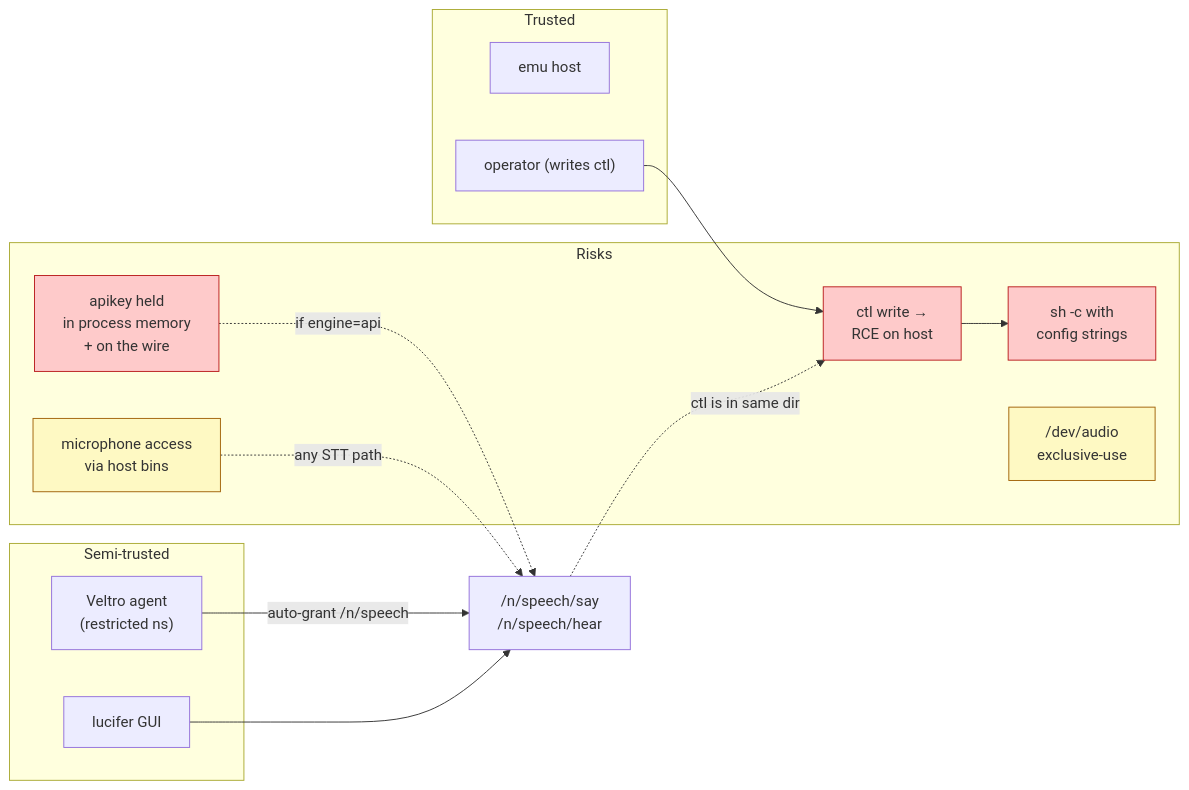
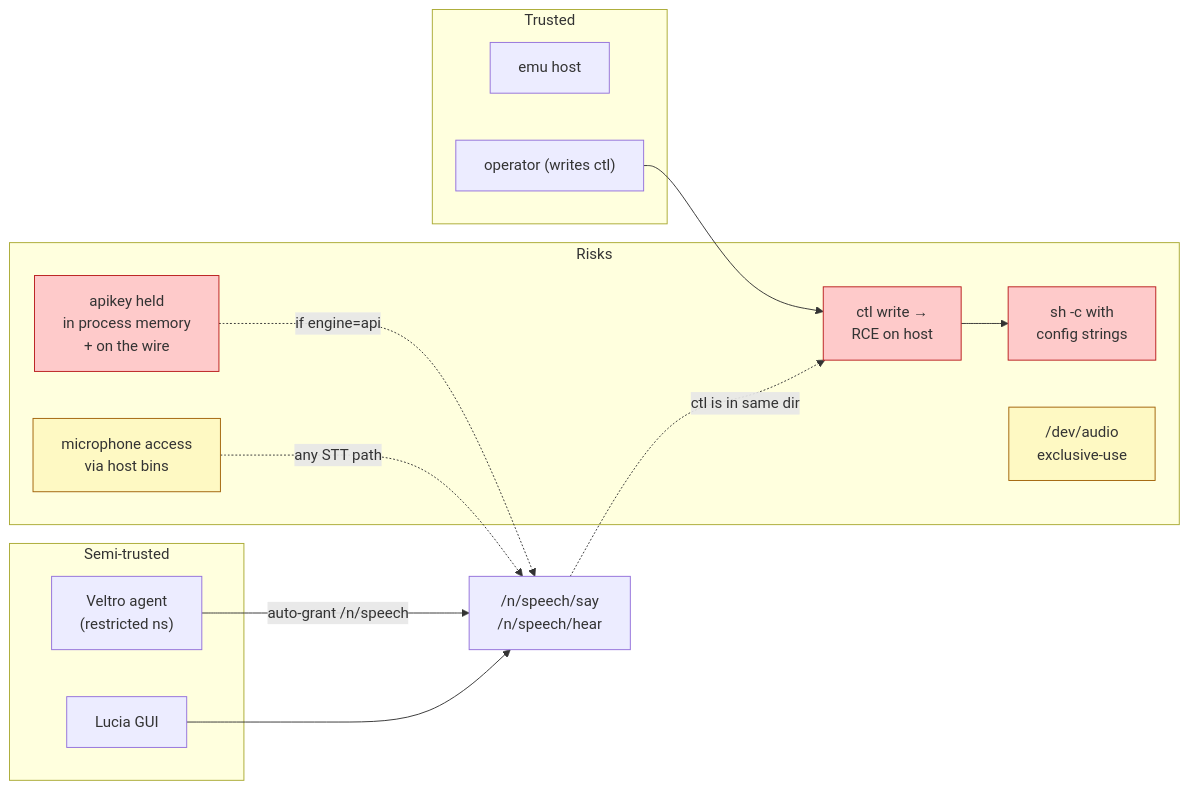
One commit to infernode-os/infernode changed diagram 12 of 16 in docs/SPEECH-ARCHITECTURE.md. Above: the diagram before and after it, drawn with Mermaid. The commit also changed other lines of this file and 18 other files, not shown here.

First line of the commit message:
docs: architecture, Veltro and the LLM seam as they are now

````diff
--- a/docs/SPEECH-ARCHITECTURE.md
+++ b/docs/SPEECH-ARCHITECTURE.md
@@ -508,32 +510,32 @@
 ```mermaid
 flowchart LR
     subgraph trusted["Trusted"]
         emu_t["emu host"]
         op["operator (writes ctl)"]
     end
     subgraph semi["Semi-trusted"]
         agent["Veltro agent<br/>(restricted ns)"]
-        gui["lucifer GUI"]
+        gui["Lucia GUI"]
     end
     subgraph risk["Risks"]
         ctlrce["ctl write →<br/>RCE on host"]
         hostshell["sh -c with<br/>config strings"]
         api_leak["apikey held<br/>in process memory<br/>+ on the wire"]
         mic_priv["microphone access<br/>via host bins"]
         dev_audio["/dev/audio<br/>exclusive-use"]
     end
 
     op --> ctlrce
     ctlrce --> hostshell
     agent -- "auto-grant /n/speech" --> mount["/n/speech/say<br/>/n/speech/hear"]
     gui --> mount
     mount -. "ctl is in same dir" .-> ctlrce
     api_leak -. "if engine=api" .-> mount
     mic_priv -. "any STT path" .-> mount
 
     classDef bad fill:#fecaca,stroke:#b91c1c
     classDef warn fill:#fef9c3,stroke:#a16207
     classDef good fill:#dcfce7,stroke:#15803d
     class ctlrce,hostshell,api_leak bad
     class mic_priv,dev_audio warn
 ```
````
